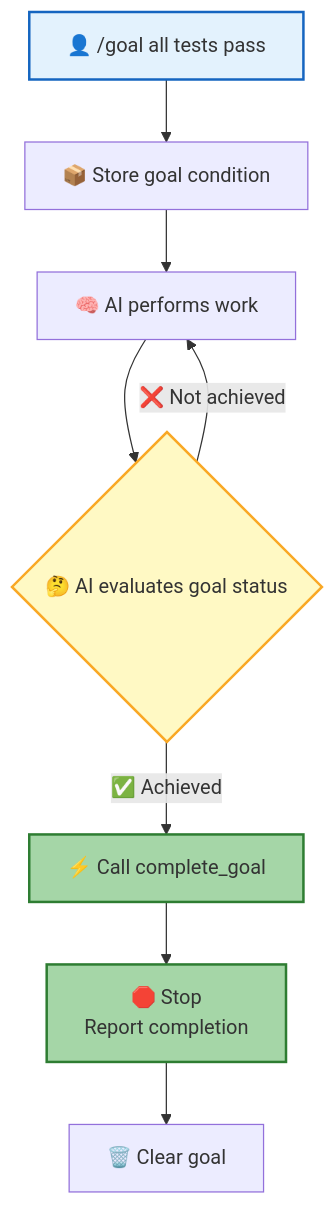
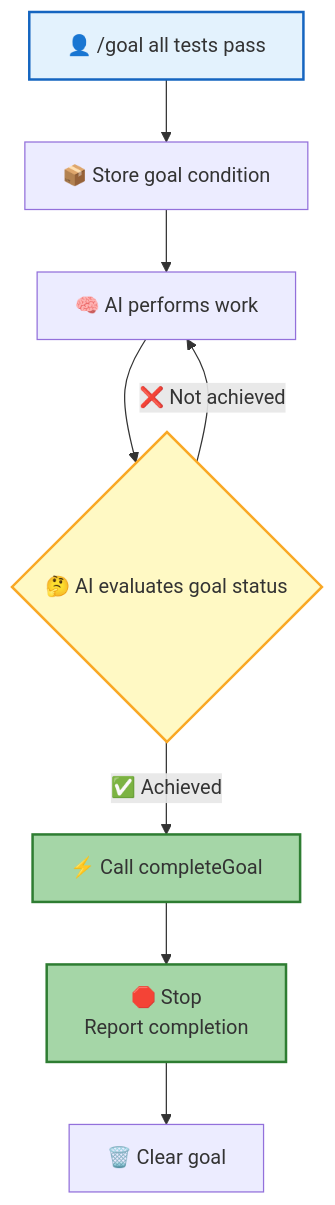
Before and after one commit to rtc-agent/docs: the fifth of 6 diagrams in src/content/docs/en/features/commands.md, drawn with Mermaid. The commit also changed other lines of this file and 13 other files, not shown here.

````diff
--- a/src/content/docs/en/features/commands.md
+++ b/src/content/docs/en/features/commands.md
@@ -182,15 +194,15 @@
 ```mermaid
 flowchart TD
     A["👤 /goal all tests pass"] --> B["📦 Store goal condition"]
     B --> C["🧠 AI performs work"]
     C --> D{"🤔 AI evaluates goal status"}
     D -->|"❌ Not achieved"| C
-    D -->|"✅ Achieved"| E["⚡ Call complete_goal"]
+    D -->|"✅ Achieved"| E["⚡ Call completeGoal"]
     E --> F["🛑 Stop<br/>Report completion"]
     F --> G["🗑️ Clear goal"]
 
     style A fill:#e3f2fd,stroke:#1565c0,stroke-width:2px
     style D fill:#fff9c4,stroke:#f9a825,stroke-width:2px
     style E fill:#a5d6a7,stroke:#2e7d32,stroke-width:2px
     style F fill:#a5d6a7,stroke:#2e7d32,stroke-width:2px
 ```
````
